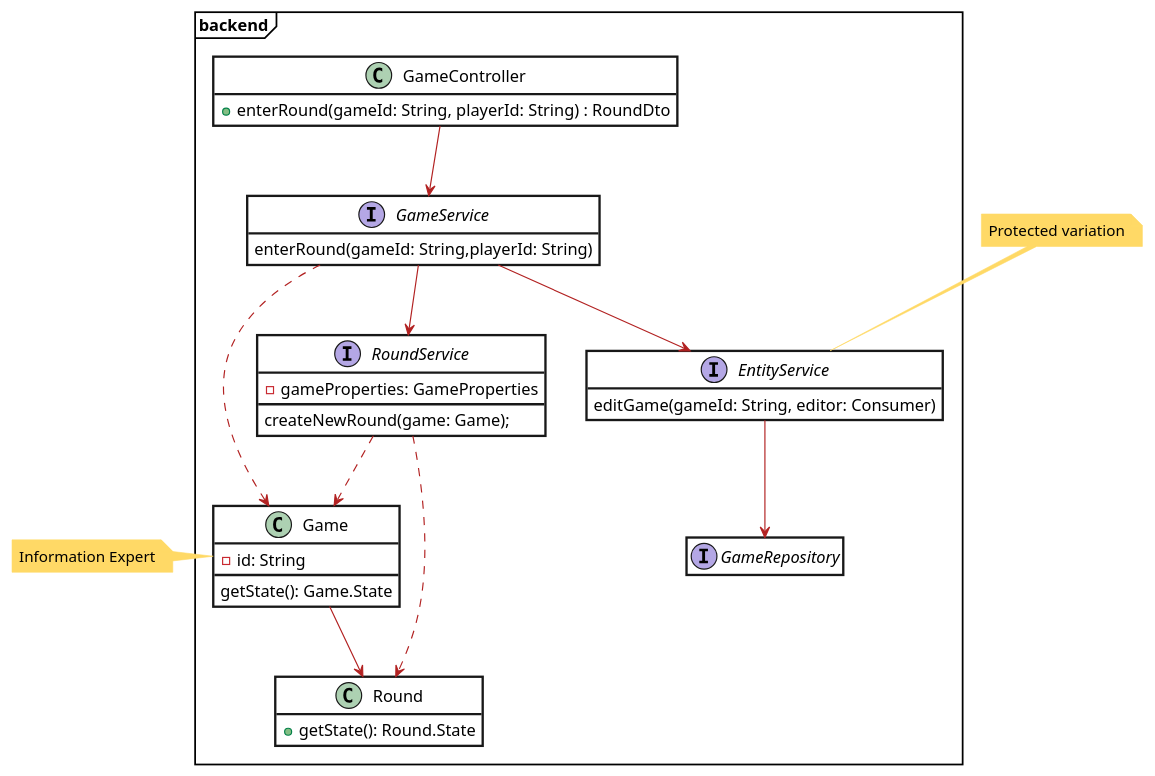
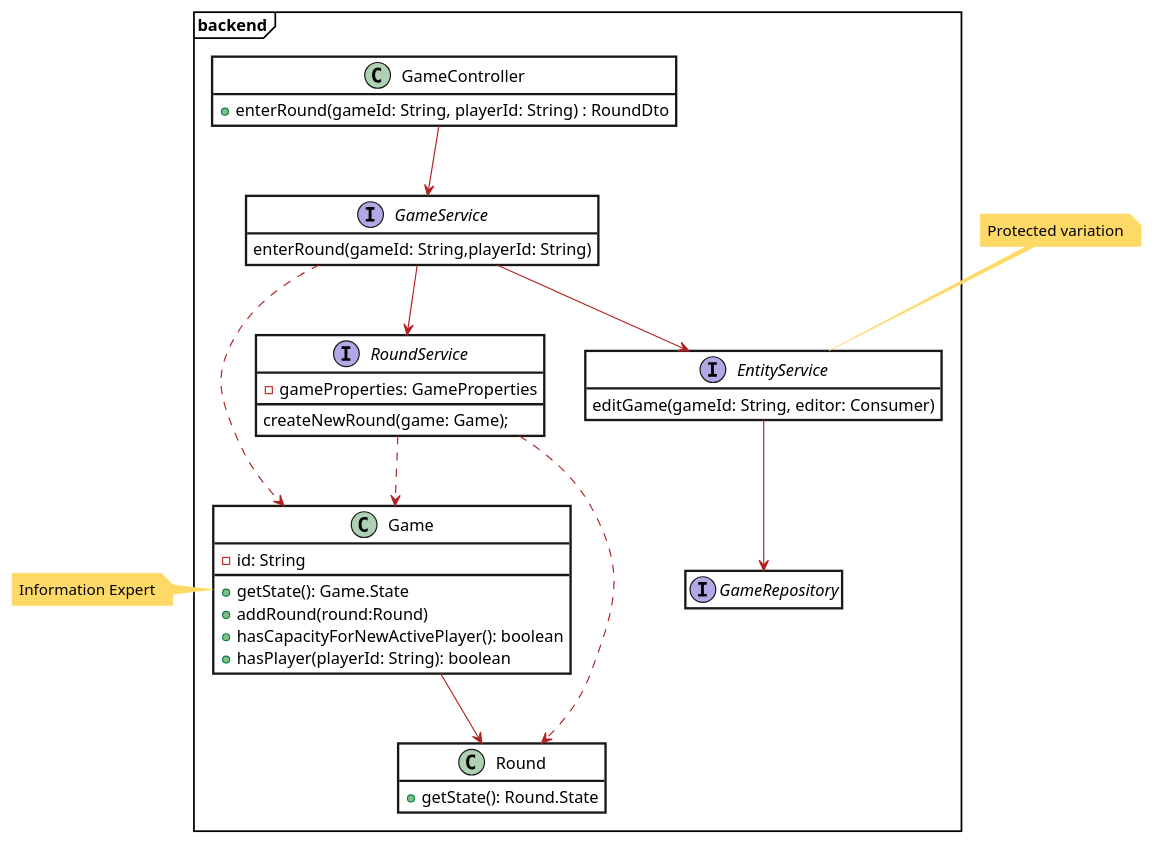
The diagram in docs/diagrams/DCD_start_new_round.plantuml (patrickwinti/worldwidewalter), drawn with PlantUML before and after one commit. The commit also changed 3 other files, not shown here.

```diff
--- a/docs/diagrams/DCD_start_new_round.plantuml
+++ b/docs/diagrams/DCD_start_new_round.plantuml
@@ -1,48 +1,51 @@
 @startuml
 skinparam class {
     BackgroundColor white
     ArrowColor Firebrick
     BorderThickness 2
 }
 skinparam Note{
     BorderColor #FFD966
     BackgroundColor #FFD966
 }
 skinparam roundcorner 0
 skinparam packagestyle Frame
 hide empty members
 
 package backend{
    class GameController {
       +enterRound(gameId: String, playerId: String) : RoundDto
    }
    class Game {
       -id: String
-      getState(): Game.State
+      +getState(): Game.State
+      +addRound(round:Round)
+      +hasCapacityForNewActivePlayer(): boolean
+      +hasPlayer(playerId: String): boolean
    }
    class Round {
       +getState(): Round.State
    }
    interface EntityService {
       editGame(gameId: String, editor: Consumer)
    }
    interface RoundService{
       -gameProperties: GameProperties
       createNewRound(game: Game);
    }
    interface GameService{
       enterRound(gameId: String,playerId: String)
    }
    interface GameRepository
 }
 note left of Game: Information Expert
 note top of EntityService: Protected variation
 GameController-->GameService
 GameService ..> Game
 Game --> Round
 RoundService ..> Round
 RoundService ..> Game
 GameService --> EntityService
 GameService --> RoundService
 EntityService --> GameRepository
 @enduml
```
